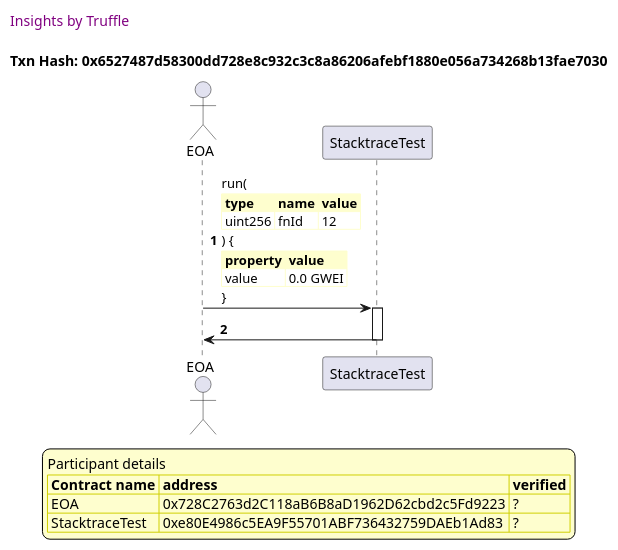
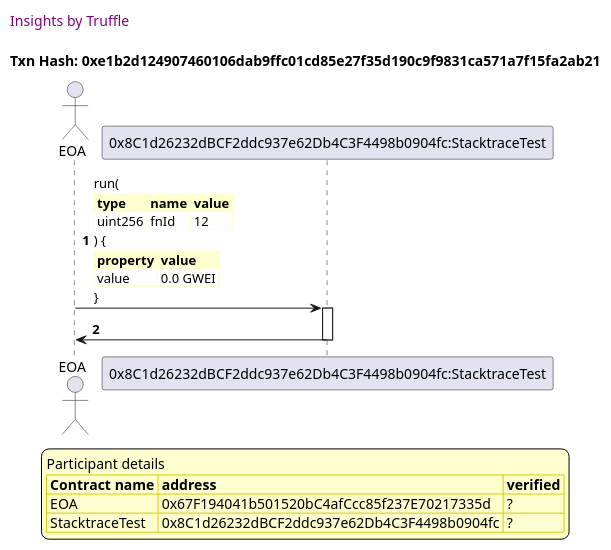
One commit to trufflesuite/txlog-seedlings changed the second of 11 diagrams in truffle-seq/stacktrace.test.md. Above: the diagram before and after it, drawn with PlantUML. The commit also changed other lines of this file and 3 other files, not shown here.

````diff
--- a/truffle-seq/stacktrace.test.md
+++ b/truffle-seq/stacktrace.test.md
@@ -77,48 +77,48 @@
 ```plantuml
 
 
 @startuml
 
 autonumber
 skinparam legendBackgroundColor #FEFECE
 
 <style>
       header {
         HorizontalAlignment left
         FontColor purple
         FontSize 14
         Padding 10
       }
     </style>
 
 header Insights by Truffle
 
-title Txn Hash: 0x6527487d58300dd728e8c932c3c8a86206afebf1880e056a734268b13fae7030
+title Txn Hash: 0xe1b2d124907460106dab9ffc01cd85e27f35d190c9f9831ca571a7f15fa2ab21
 
 
 actor EOA as "EOA"
 
-participant StacktraceTest as "StacktraceTest"
+participant StacktraceTest as "0x8C1d26232dBCF2ddc937e62Db4C3F4498b0904fc:StacktraceTest"
 
 "EOA" -> "StacktraceTest" ++: run(\n\
 <#FEFECE,#FEFECE>|= type |= name |= value |\n\
 | uint256 | fnId | 12 |\n\
 ) {\n\
 <#FEFECE,#FEFECE>|= property |= value|\n\
 | value | 0.0 GWEI |\n\
 }
 
 "StacktraceTest" -> "EOA" --: 
 
 
 
 legend
 Participant details
 <#FEFECE,#D0D000>|= Contract name |= address |= verified |
-<#FEFECE>| EOA | 0x728C2763d2C118aB6B8aD1962D62cbd2c5Fd9223 | ? |
-<#FEFECE>| StacktraceTest | 0xe80E4986c5EA9F55701ABF736432759DAEb1Ad83 | ? |
+<#FEFECE>| EOA | 0x67F194041b501520bC4afCcc85f237E70217335d | ? |
+<#FEFECE>| StacktraceTest | 0x8C1d26232dBCF2ddc937e62Db4C3F4498b0904fc | ? |
 endlegend
 
 
 @enduml
 ```
````
